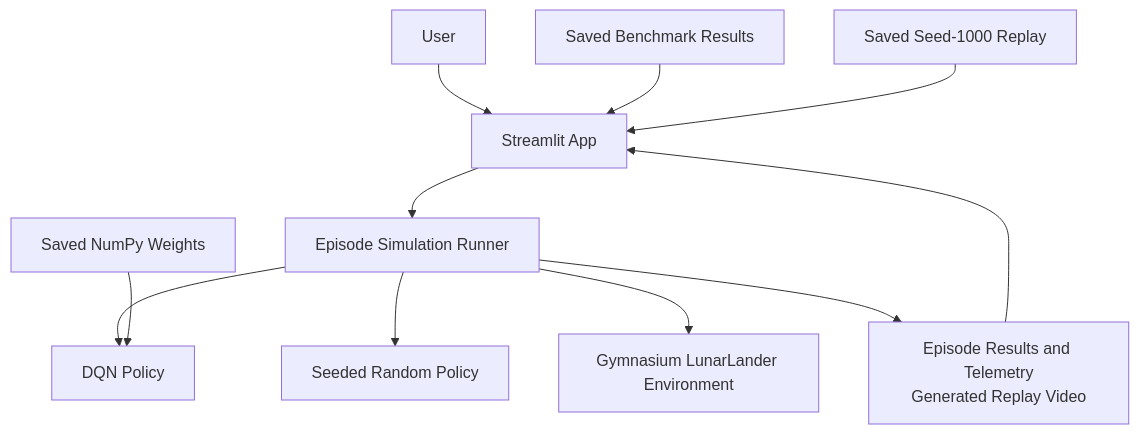
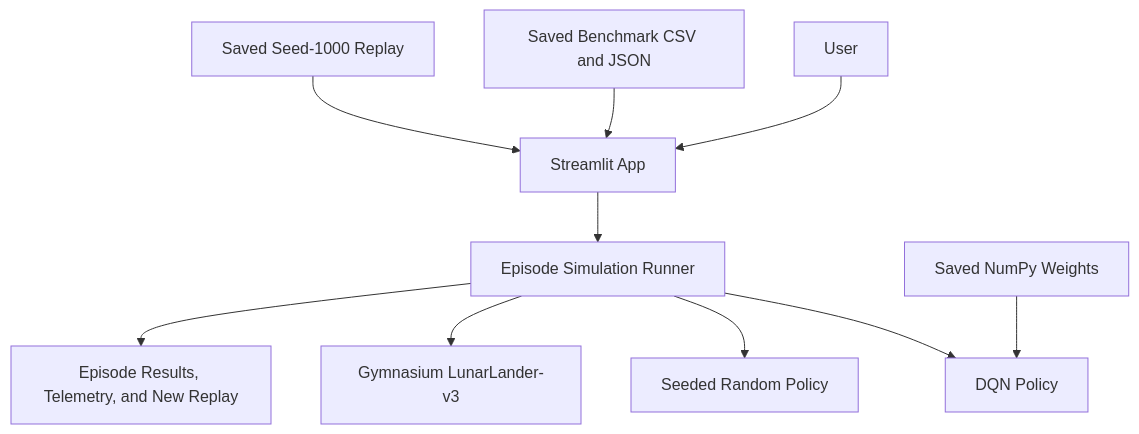
Before and after one commit to KrrishKhera/lunar-lander-agent-explorer: the diagram in README.md, drawn with Mermaid. The commit also changed other lines of this file, not shown here.

````diff
--- a/README.md
+++ b/README.md
@@ -21,15 +22,12 @@
 ```mermaid
 flowchart TD
     user[User] --> app[Streamlit App]
-    benchmark[Saved Benchmark Results] --> app
+    benchmark[Saved Benchmark CSV and JSON] --> app
     replay[Saved Seed-1000 Replay] --> app
     app --> runner[Episode Simulation Runner]
-
     runner --> dqn[DQN Policy]
     weights[Saved NumPy Weights] --> dqn
     runner --> random[Seeded Random Policy]
-    runner --> environment[Gymnasium LunarLander Environment]
-
-    runner --> output[Episode Results and Telemetry<br/>Generated Replay Video]
-    output --> app
+    runner --> env[Gymnasium LunarLander-v3]
+    runner --> output[Episode Results, Telemetry, and New Replay]
 ```
````
